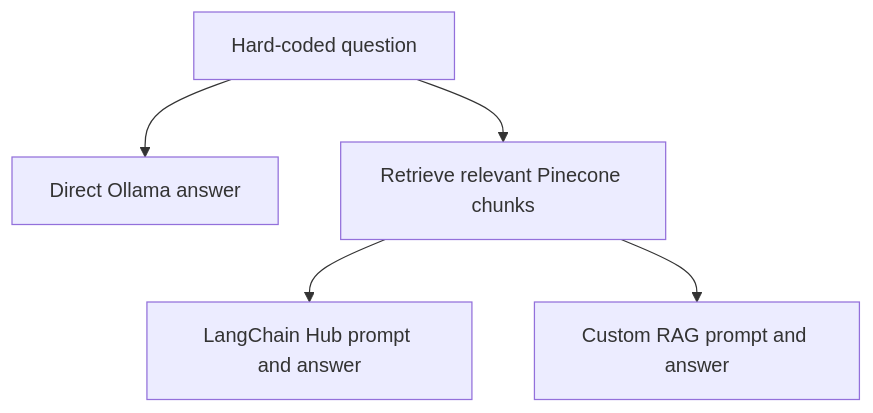
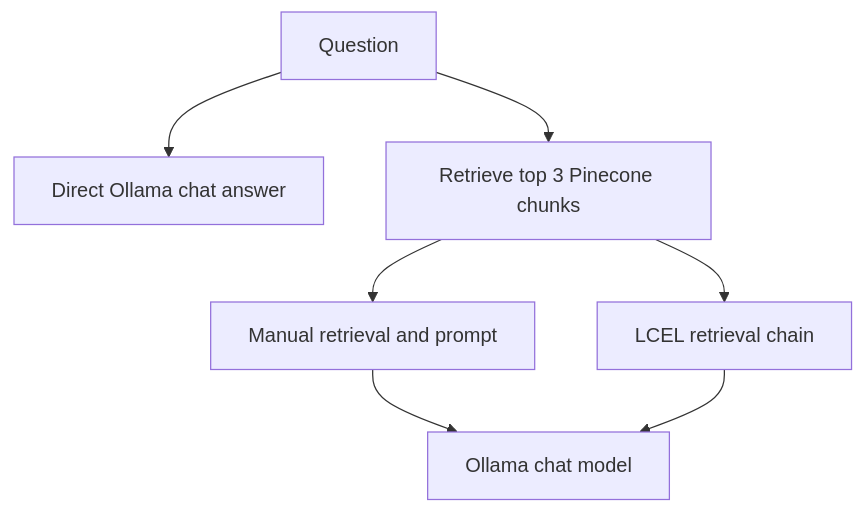
The second of 2 diagrams in README.md (devsofmukesh/LangChain-Research), drawn with Mermaid before and after one commit. The commit also changed other lines of this file and 5 other files, not shown here.

First line of the commit message:
Document and configure the Pinecone RAG demo

````diff
--- a/README.md
+++ b/README.md
@@ -25,7 +31,9 @@
 ```mermaid
 flowchart TD
-    A[Hard-coded question] --> B[Direct Ollama answer]
-    A --> C[Retrieve relevant Pinecone chunks]
-    C --> D[LangChain Hub prompt and answer]
-    C --> E[Custom RAG prompt and answer]
+    A[Question] --> B[Direct Ollama chat answer]
+    A --> C[Retrieve top 3 Pinecone chunks]
+    C --> D[Manual retrieval and prompt]
+    C --> E[LCEL retrieval chain]
+    D --> F[Ollama chat model]
+    E --> F
 ```
````
